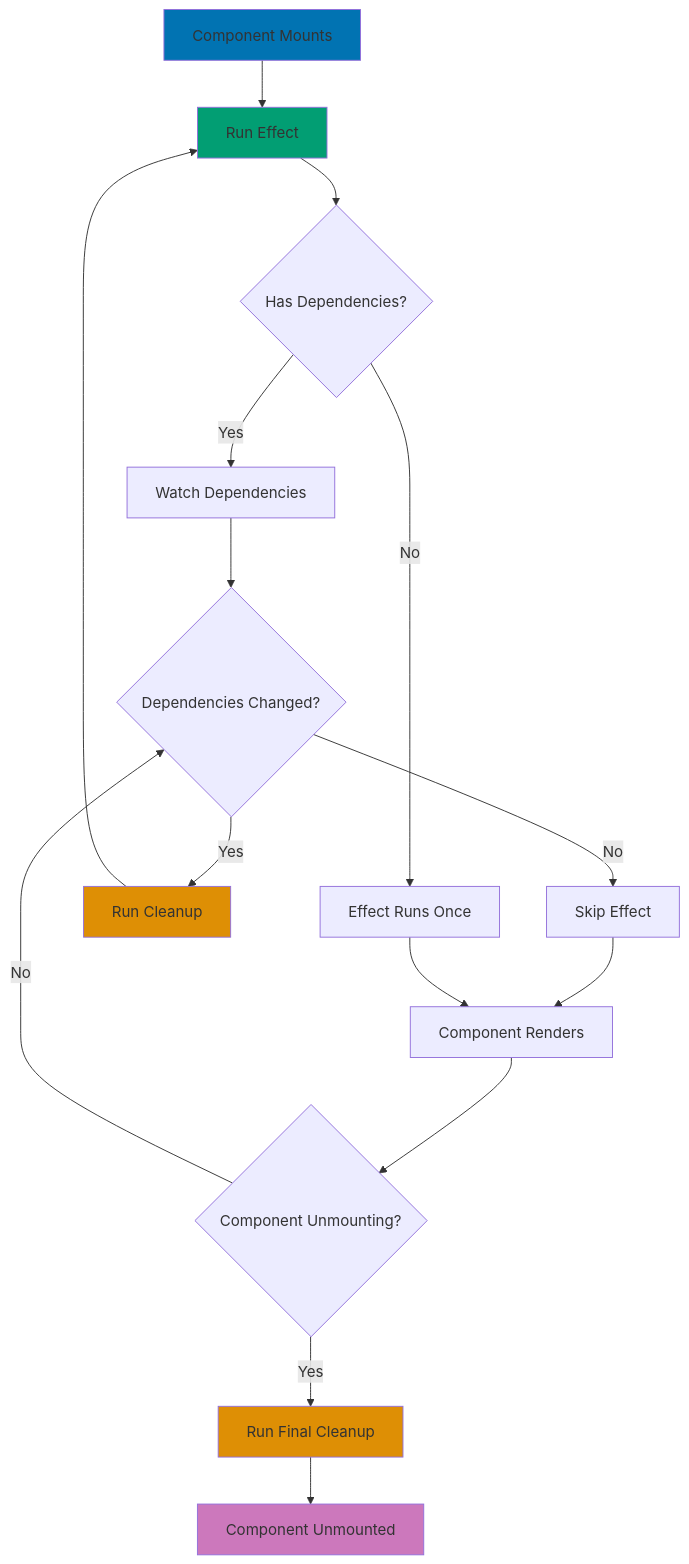
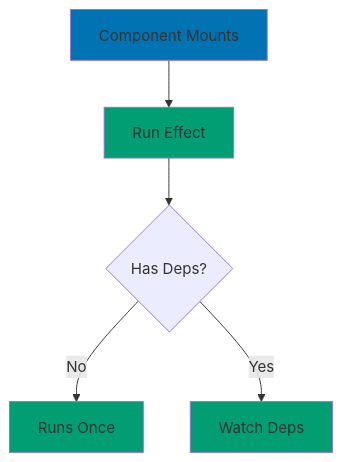
Before and after one commit to wahidyankf/ose-primer: the first of 3 diagrams in docs/explanation/software-engineering/platform-web/tools/fe-react/hooks.md, drawn with Mermaid. The commit also changed other lines of this file and 7 other files, not shown here.

Commit message:
fix(docs): fix mermaid violations in fe-react/ docs (batch 6/10)

````diff
--- a/docs/explanation/software-engineering/platform-web/tools/fe-react/hooks.md
+++ b/docs/explanation/software-engineering/platform-web/tools/fe-react/hooks.md
@@ -229,26 +229,15 @@
 ```mermaid
 %% Color Palette: Blue #0173B2, Orange #DE8F05, Teal #029E73, Purple #CC78BC
 %% All colors are color-blind friendly and meet WCAG AA contrast standards
 
 graph TD
     A[Component Mounts] --> B[Run Effect]
-    B --> C{Has Dependencies?}
-    C -->|Yes| D[Watch Dependencies]
-    C -->|No| E[Effect Runs Once]
-    D --> F{Dependencies Changed?}
-    F -->|Yes| G[Run Cleanup]
-    F -->|No| H[Skip Effect]
-    G --> B
-    H --> I[Component Renders]
-    E --> I
-    I --> J{Component Unmounting?}
-    J -->|Yes| K[Run Final Cleanup]
-    J -->|No| F
-    K --> L[Component Unmounted]
+    B --> C{Has Deps?}
+    C -->|No| E[Runs Once]
+    C -->|Yes| D[Watch Deps]
 
     style A fill:#0173B2
     style B fill:#029E73
-    style G fill:#DE8F05
-    style K fill:#DE8F05
-    style L fill:#CC78BC
+    style E fill:#029E73
+    style D fill:#029E73
 ```
````
